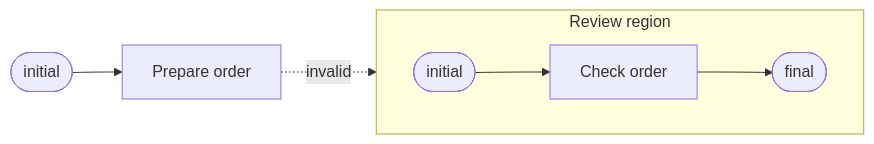
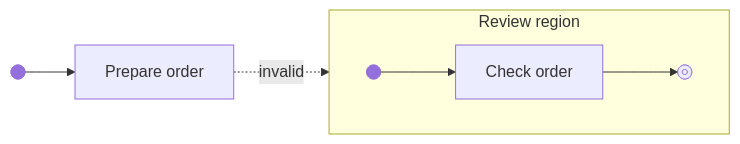
The second of 3 diagrams in docs/EDGES.md (tsealex/workflow), drawn with Mermaid before and after one commit. The commit also changed other lines of this file and 3 other files, not shown here.

Commit message:
Clarify workflow node descriptions and schema documentation

````diff
--- a/docs/EDGES.md
+++ b/docs/EDGES.md
@@ -95,10 +97,13 @@
 ```mermaid
 flowchart LR
-    Start([initial]) --> Prepare[Prepare order]
+    Start@{ shape: f-circ, label: "" }
+    Start --> Prepare[Prepare order]
     subgraph Review["Review region"]
         direction LR
-        Entry([initial]) --> Check[Check order]
-        Check --> Exit([final])
+        Entry@{ shape: f-circ, label: "" }
+        Entry --> Check[Check order]
+        Exit@{ shape: fr-circ, label: "" }
+        Check --> Exit
     end
     Prepare -. invalid .-> Check
 ```
````
